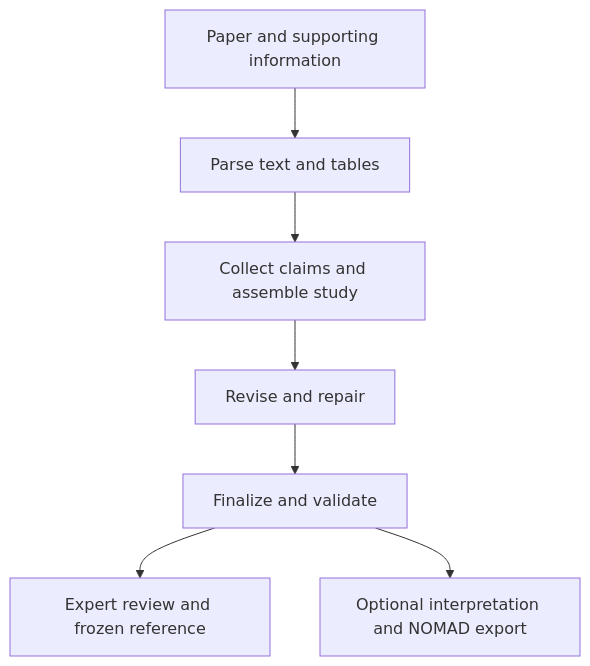
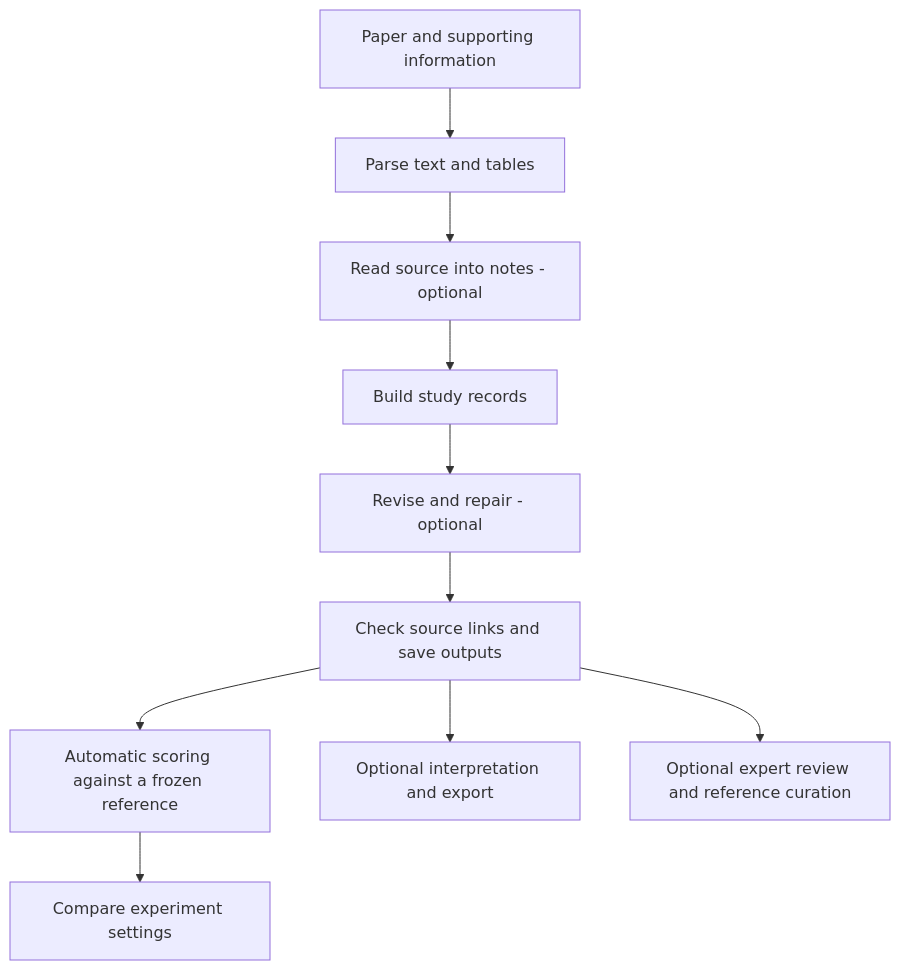
One commit to lamalab-org/perla-extract changed the diagram in docs/index.md. Above: the diagram before and after it, drawn with Mermaid. The commit also changed other lines of this file and 15 other files, not shown here.

````diff
--- a/docs/index.md
+++ b/docs/index.md
@@ -11,9 +11,12 @@
 ```mermaid
 flowchart TD
     A[Paper and supporting information] --> B[Parse text and tables]
-    B --> C[Collect claims and assemble study]
-    C --> D[Revise and repair]
-    D --> E[Finalize and validate]
-    E --> F[Expert review and frozen reference]
-    E --> G[Optional interpretation and NOMAD export]
+    B --> C[Read source into notes - optional]
+    C --> D[Build study records]
+    D --> E[Revise and repair - optional]
+    E --> F[Check source links and save outputs]
+    F --> G[Automatic scoring against a frozen reference]
+    G --> H[Compare experiment settings]
+    F --> I[Optional interpretation and export]
+    F --> J[Optional expert review and reference curation]
 ```
````
